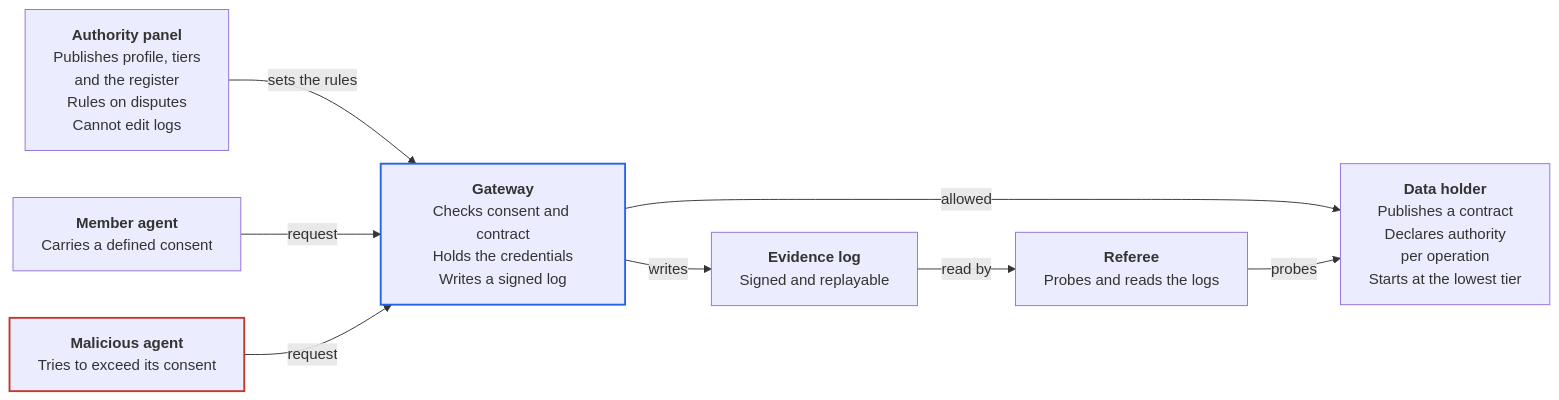
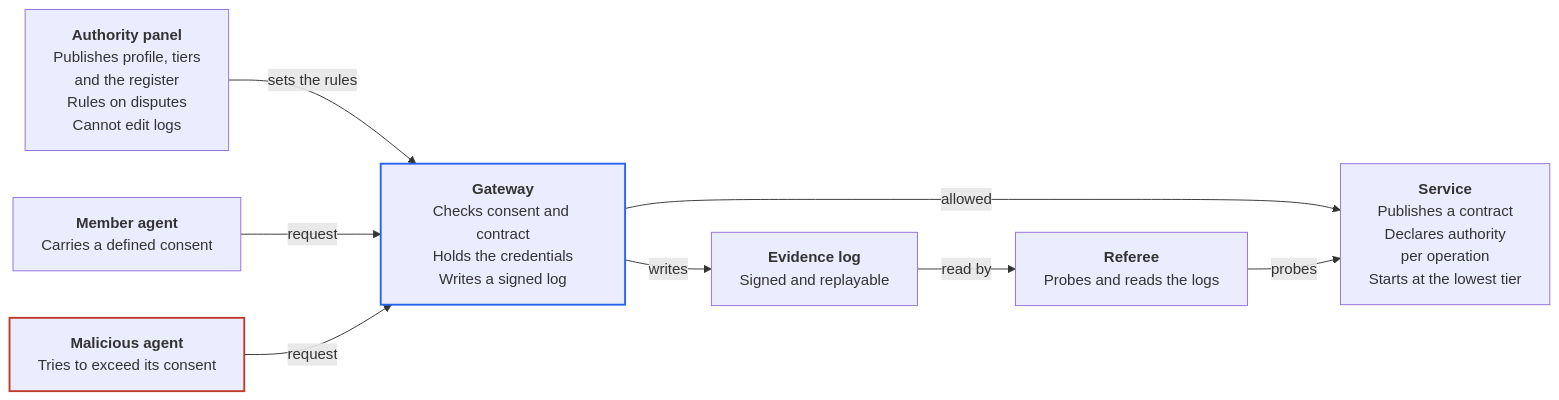
Before and after one commit to agenticsnz/agentic-ecosystem: the diagram in docs/reference-guide.md, drawn with Mermaid. The commit also changed other lines of this file and 3 other files, not shown here.

Commit message:
Rename data holder to service throughout

````diff
--- a/docs/reference-guide.md
+++ b/docs/reference-guide.md
@@ -13,21 +13,21 @@
 ```mermaid
 flowchart LR
     A["<b>Authority panel</b><br/>Publishes profile, tiers<br/>and the register<br/>Rules on disputes<br/>Cannot edit logs"]
     M["<b>Member agent</b><br/>Carries a defined consent"]
     X["<b>Malicious agent</b><br/>Tries to exceed its consent"]
     G["<b>Gateway</b><br/>Checks consent and contract<br/>Holds the credentials<br/>Writes a signed log"]
-    D["<b>Data holder</b><br/>Publishes a contract<br/>Declares authority<br/>per operation<br/>Starts at the lowest tier"]
+    D["<b>Service</b><br/>Publishes a contract<br/>Declares authority<br/>per operation<br/>Starts at the lowest tier"]
     L["<b>Evidence log</b><br/>Signed and replayable"]
     R["<b>Referee</b><br/>Probes and reads the logs"]
 
     A -->|sets the rules| G
     M -->|request| G
     X -->|request| G
     G -->|allowed| D
     G -->|writes| L
     L -->|read by| R
     R -->|probes| D
 
     style X stroke:#c0392b,stroke-width:2px
     style G stroke:#2563eb,stroke-width:2px
 ```
````
